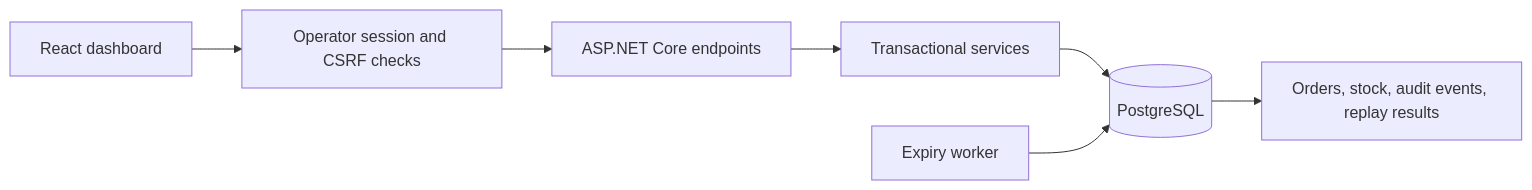
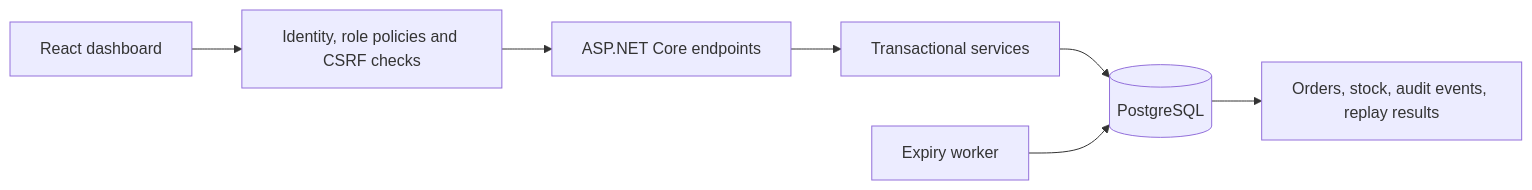
The diagram in README.md (ShareefAldahhan/ShelfSync), drawn with Mermaid before and after one commit. The commit also changed other lines of this file and 110 other files, not shown here.

````diff
--- a/README.md
+++ b/README.md
@@ -52,9 +62,9 @@
 ```mermaid
 flowchart LR
-    UI[React dashboard] --> AUTH[Operator session and CSRF checks]
+    UI[React dashboard] --> AUTH[Identity, role policies and CSRF checks]
     AUTH --> API[ASP.NET Core endpoints]
     API --> SERVICES[Transactional services]
     SERVICES --> DB[(PostgreSQL)]
     WORKER[Expiry worker] --> DB
     DB --> AUDIT[Orders, stock, audit events, replay results]
 ```
````
